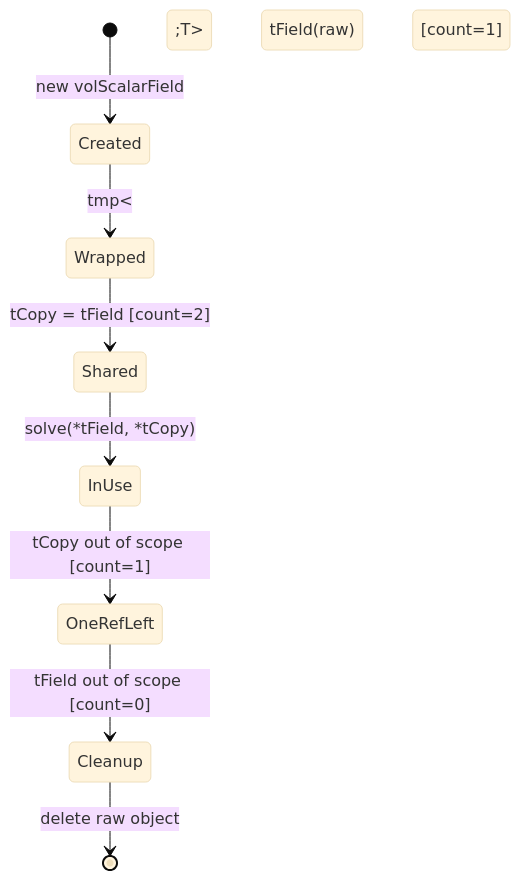
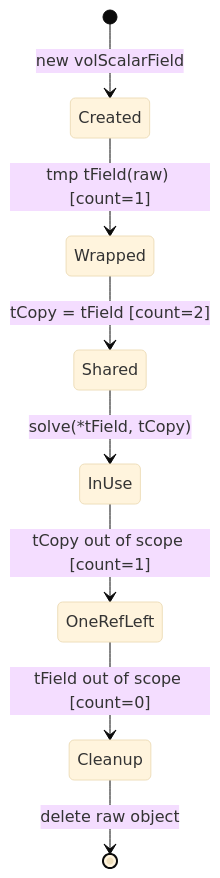
The diagram in MODULE_09_ADVANCED_TOPICS/CONTENT/04_MEMORY_MANAGEMENT/05_Implementation_Mechanisms.md (wramet/build-my-cfd), drawn with Mermaid (base theme) before and after one commit. The commit also changed 313 other files, not shown here.

Commit message:
Revise all diagram

````diff
--- a/MODULE_09_ADVANCED_TOPICS/CONTENT/04_MEMORY_MANAGEMENT/05_Implementation_Mechanisms.md
+++ b/MODULE_09_ADVANCED_TOPICS/CONTENT/04_MEMORY_MANAGEMENT/05_Implementation_Mechanisms.md
@@ -10,10 +10,10 @@
 ```mermaid
 stateDiagram-v2
-    [*] --> Created: new volScalarField
-    Created --> Wrapped: tmp&lt;T&gt; tField(raw) [count=1]
-    Wrapped --> Shared: tCopy = tField [count=2]
-    Shared --> InUse: solve(*tField, *tCopy)
-    InUse --> OneRefLeft: tCopy out of scope [count=1]
-    OneRefLeft --> Cleanup: tField out of scope [count=0]
-    Cleanup --> [*]: delete raw object
+[*] --> Created: new volScalarField
+Created --> Wrapped: tmp<T> tField(raw) [count=1]
+Wrapped --> Shared: tCopy = tField [count=2]
+Shared --> InUse: solve(*tField, tCopy)
+InUse --> OneRefLeft: tCopy out of scope [count=1]
+OneRefLeft --> Cleanup: tField out of scope [count=0]
+Cleanup --> [*]: delete raw object
 ```
````
